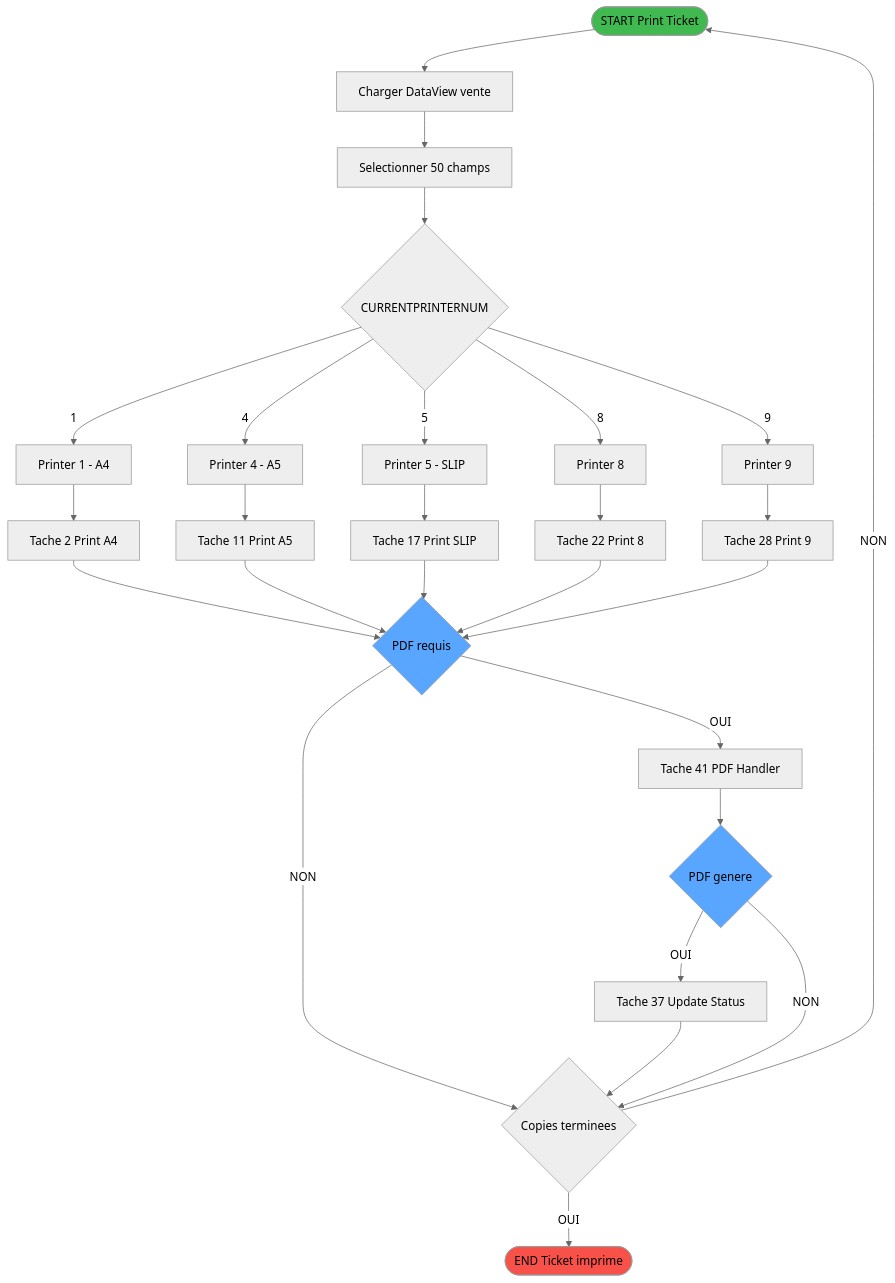
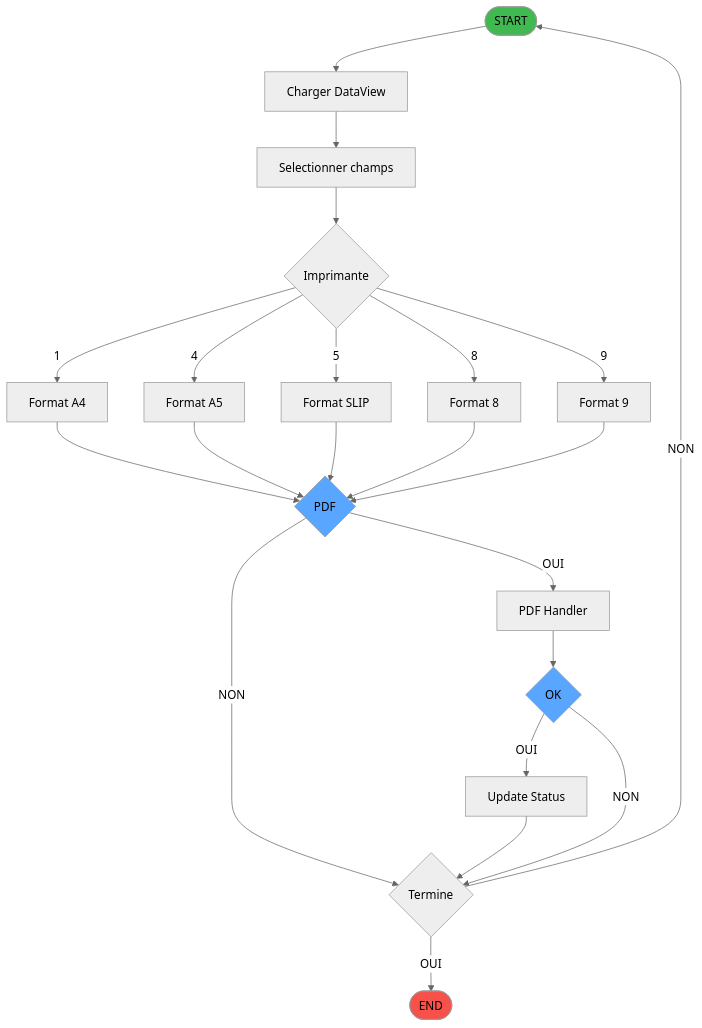
Before and after one commit to thonyAGP/lecteur-magic: the first of 2 diagrams in .openspec/specs/ADH-IDE-236.md, drawn with Mermaid (neutral theme). The commit also changed other lines of this file and 1 other file, not shown here.

Commit message:
fix(specs): ultra-simplify Mermaid syntax for rendering
- Remove all special chars from node labels (no dashes, no subgraphs)
- Simplify node names: [236 Print ticket] instead of [IDE 236 Print ticket vente]
- Algorigrammes reduced to essential nodes only
- Cartography without subgraphs (causes rendering issues)

````diff
--- a/.openspec/specs/ADH-IDE-236.md
+++ b/.openspec/specs/ADH-IDE-236.md
@@ -114,46 +114,41 @@
 ```mermaid
 flowchart TD
-    START([START Print Ticket])
-    LOAD[Charger DataView vente]
-    SELECT[Selectionner 50 champs]
-    PRINTER{CURRENTPRINTERNUM}
-    P1[Printer 1 - A4]
-    P4[Printer 4 - A5]
-    P5[Printer 5 - SLIP]
-    P8[Printer 8]
-    P9[Printer 9]
-    T2[Tache 2 Print A4]
-    T11[Tache 11 Print A5]
-    T17[Tache 17 Print SLIP]
-    T22[Tache 22 Print 8]
-    T28[Tache 28 Print 9]
-    PDF{PDF requis}
-    T41[Tache 41 PDF Handler]
-    PDFOK{PDF genere}
-    T37[Tache 37 Update Status]
-    COUNTER{Copies terminees}
-    END([END Ticket imprime])
+    START([START])
+    LOAD[Charger DataView]
+    SELECT[Selectionner champs]
+    PRINTER{Imprimante}
+    P1[Format A4]
+    P4[Format A5]
+    P5[Format SLIP]
+    P8[Format 8]
+    P9[Format 9]
+    PDF{PDF}
+    T41[PDF Handler]
+    PDFOK{OK}
+    T37[Update Status]
+    COUNTER{Termine}
+    ENDOK([END])
 
     START --> LOAD --> SELECT --> PRINTER
-    PRINTER -->|1| P1 --> T2
-    PRINTER -->|4| P4 --> T11
-    PRINTER -->|5| P5 --> T17
-    PRINTER -->|8| P8 --> T22
-    PRINTER -->|9| P9 --> T28
-    T2 --> PDF
-    T11 --> PDF
-    T17 --> PDF
-    T22 --> PDF
-    T28 --> PDF
+    PRINTER -->|1| P1
+    PRINTER -->|4| P4
+    PRINTER -->|5| P5
+    PRINTER -->|8| P8
+    PRINTER -->|9| P9
+    P1 --> PDF
+    P4 --> PDF
+    P5 --> PDF
+    P8 --> PDF
+    P9 --> PDF
     PDF -->|OUI| T41 --> PDFOK
     PDF -->|NON| COUNTER
     PDFOK -->|OUI| T37 --> COUNTER
     PDFOK -->|NON| COUNTER
     COUNTER -->|NON| START
-    COUNTER -->|OUI| END
+    COUNTER -->|OUI| ENDOK
 
     style START fill:#3fb950
-    style END fill:#f85149
+    style ENDOK fill:#f85149
     style PDF fill:#58a6ff
     style PDFOK fill:#58a6ff
 ```
````
